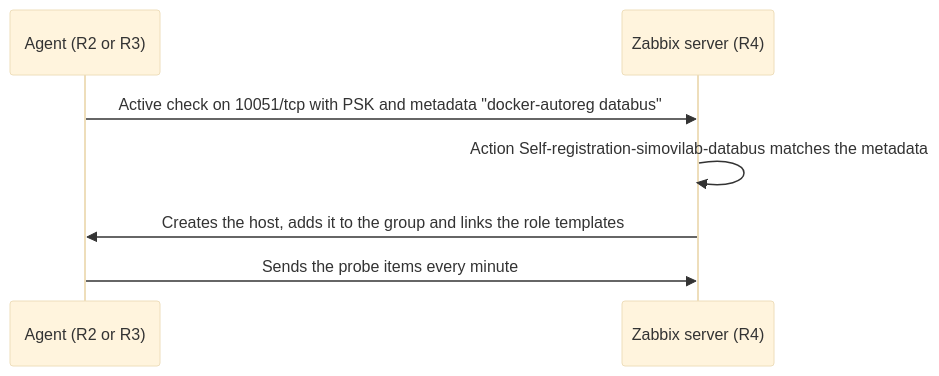
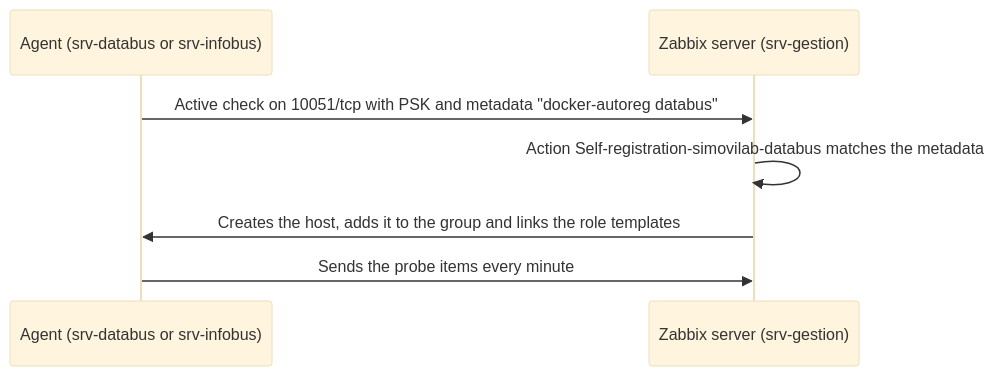
One commit to rsol9000-01/zabbix changed the third of 3 diagrams in README.md. Above: the diagram before and after it, drawn with Mermaid (base theme). The commit also changed other lines of this file and 2 other files, not shown here.

````diff
--- a/README.md
+++ b/README.md
@@ -304,9 +354,9 @@
 ```mermaid
 sequenceDiagram
-  participant A as Agent (R2 or R3)
-  participant S as Zabbix server (R4)
+  participant A as Agent (srv-databus or srv-infobus)
+  participant S as Zabbix server (srv-gestion)
   A->>S: Active check on 10051/tcp with PSK and metadata "docker-autoreg databus"
   S->>S: Action Self-registration-simovilab-databus matches the metadata
   S->>A: Creates the host, adds it to the group and links the role templates
   A->>S: Sends the probe items every minute
 ```
````
